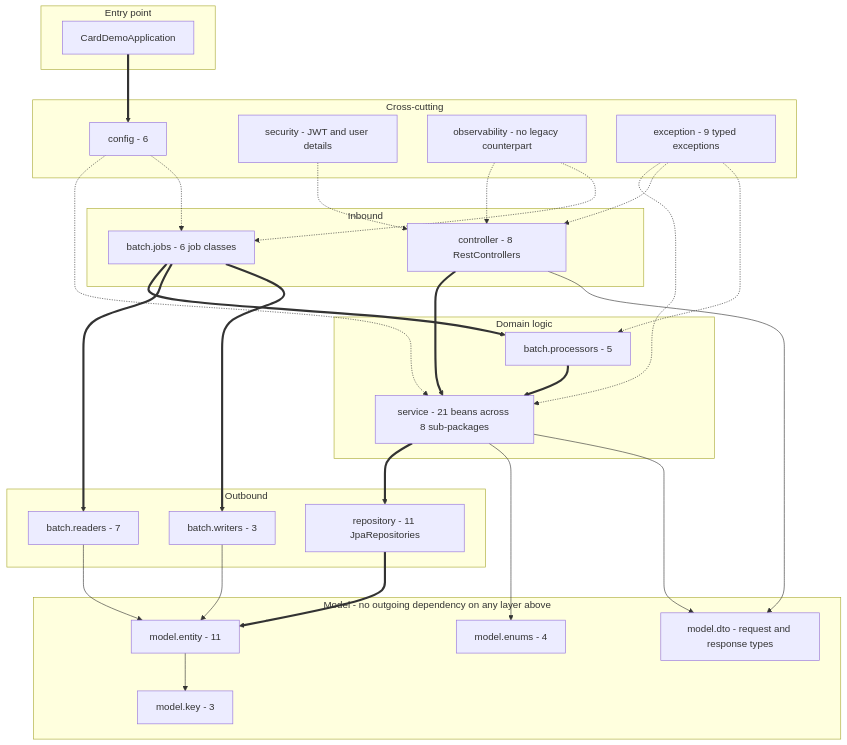
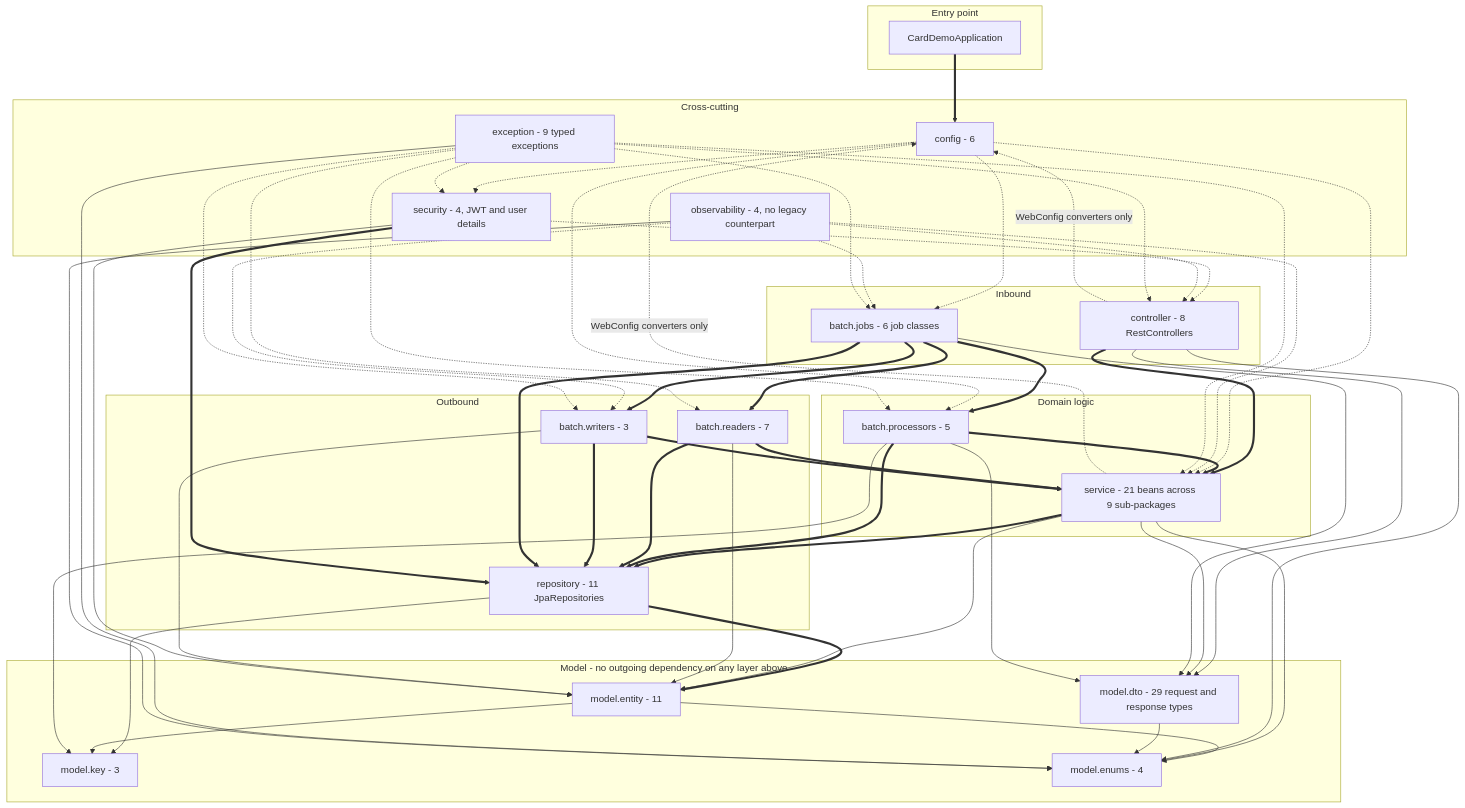
Before and after one commit to Blitzy-Sandbox/blitzy-card-demo: the eighth of 9 diagrams in docs/architecture-before-after.md, drawn with Mermaid. The commit also changed other lines of this file and 253 other files, not shown here.

````diff
--- a/docs/architecture-before-after.md
+++ b/docs/architecture-before-after.md
@@ -1496,7 +1676,7 @@
     end
 
     subgraph DOMAIN["Domain logic"]
-        SVCP["service - 21 beans across 8 sub-packages"]
+        SVCP["service - 21 beans across 9 sub-packages"]
         BPROC["batch.processors - 5"]
     end
 
@@ -1510,13 +1690,13 @@
         ENT["model.entity - 11"]
         KEY["model.key - 3"]
         ENUM["model.enums - 4"]
-        DTO["model.dto - request and response types"]
+        DTO["model.dto - 29 request and response types"]
     end
 
     subgraph CROSS["Cross-cutting"]
         CFG["config - 6"]
-        SEC["security - JWT and user details"]
-        OBS["observability - no legacy counterpart"]
+        SEC["security - 4, JWT and user details"]
+        OBS["observability - 4, no legacy counterpart"]
         EXCP["exception - 9 typed exceptions"]
     end
 
@@ -1526,21 +1706,49 @@
     BJOBS ==> BREAD
     BJOBS ==> BWRITE
     BPROC ==> SVCP
+    BREAD ==> SVCP
+    BWRITE ==> SVCP
     SVCP ==> REPOP
+    BPROC ==> REPOP
+    BREAD ==> REPOP
+    BWRITE ==> REPOP
+    BJOBS ==> REPOP
+    SEC ==> REPOP
     REPOP ==> ENT
+    REPOP --> KEY
     ENT --> KEY
+    ENT --> ENUM
+    SVCP --> ENT
     SVCP --> ENUM
     CTRLP --> DTO
+    CTRLP --> ENUM
     SVCP --> DTO
     BREAD --> ENT
     BWRITE --> ENT
+    BJOBS --> DTO
+    BPROC --> DTO
+    BPROC --> KEY
+    SEC --> ENT
+    DTO --> ENUM
+    EXCP --> ENUM
+    OBS --> ENUM
 
     CFG -.-> SVCP
     CFG -.-> BJOBS
+    CFG -.-> BPROC
+    CFG -.-> SEC
+    SVCP -.->|"WebConfig converters only"| CFG
+    CTRLP -.->|"WebConfig converters only"| CFG
     SEC -.-> CTRLP
     OBS -.-> CTRLP
+    OBS -.-> SVCP
     OBS -.-> BJOBS
+    OBS -.-> BWRITE
     EXCP -.-> SVCP
     EXCP -.-> CTRLP
     EXCP -.-> BPROC
+    EXCP -.-> BREAD
+    EXCP -.-> BWRITE
+    EXCP -.-> BJOBS
+    EXCP -.-> SEC
 ```
````
